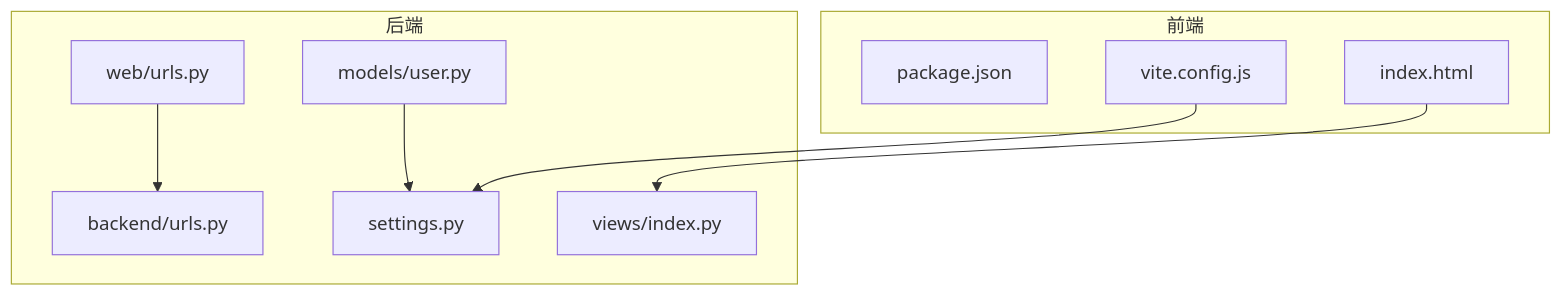
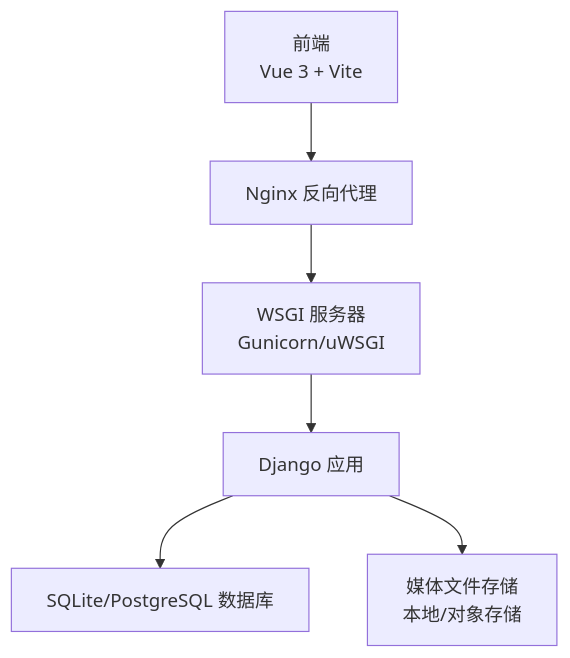
One commit to Blaipchi/LLM_AIfriends changed the first of 6 diagrams in .qoder/repowiki/zh/content/部署指南/生产环境部署.md. Above: the diagram before and after it, drawn with Mermaid. The commit also changed other lines of this file and 89 other files, not shown here.

````diff
--- a/.qoder/repowiki/zh/content/部署指南/生产环境部署.md
+++ b/.qoder/repowiki/zh/content/部署指南/生产环境部署.md
@@ -47,19 +39,8 @@
 ```mermaid
 graph TB
-subgraph "前端"
-FE_PKG["package.json"]
-FE_VITE["vite.config.js"]
-FE_HTML["index.html"]
-end
-subgraph "后端"
-DJ_SET["settings.py"]
-DJ_URLS_APP["web/urls.py"]
-DJ_URLS_ROOT["backend/urls.py"]
-DJ_INDEX["views/index.py"]
-DJ_MODELS["models/user.py"]
-end
-FE_VITE --> DJ_SET
-FE_HTML --> DJ_INDEX
-DJ_URLS_APP --> DJ_URLS_ROOT
-DJ_MODELS --> DJ_SET
+FE["前端<br/>Vue 3 + Vite"] --> NGINX["Nginx 反向代理"]
+NGINX --> GUNICORN["WSGI 服务器<br/>Gunicorn/uWSGI"]
+GUNICORN --> DJANGO["Django 应用"]
+DJANGO --> DB["SQLite/PostgreSQL 数据库"]
+DJANGO --> MEDIA["媒体文件存储<br/>本地/对象存储"]
 ```
````
